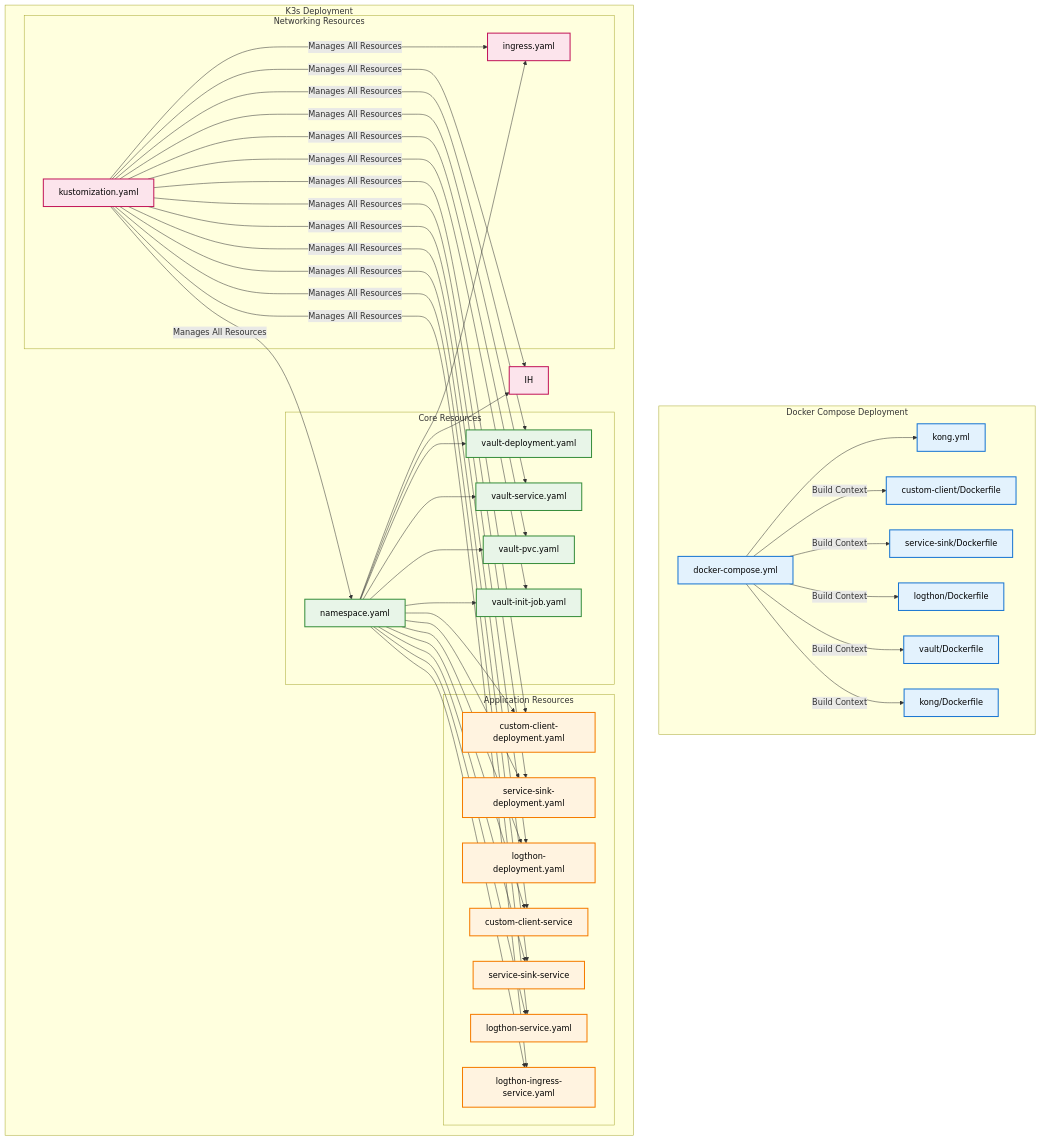
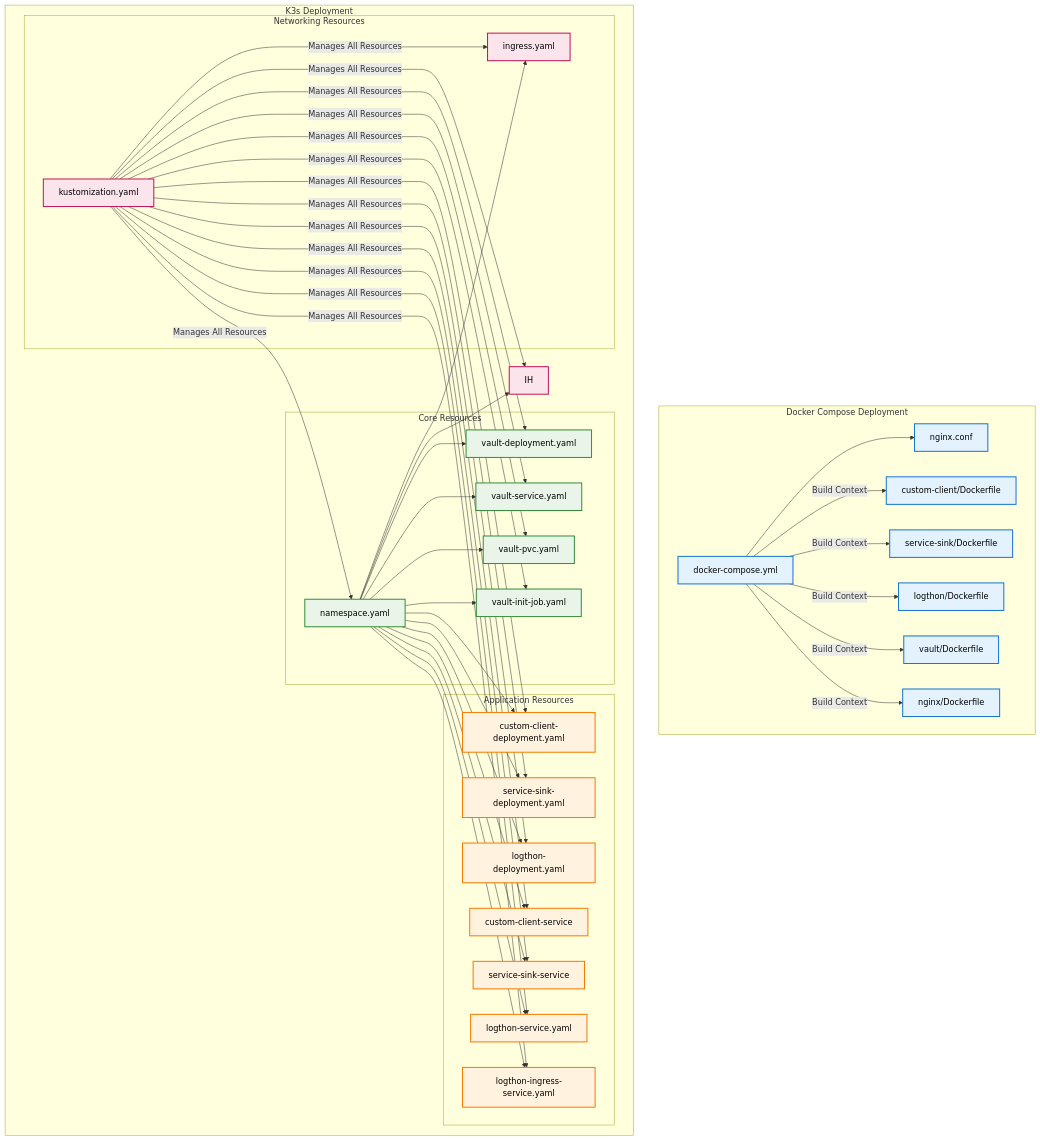
One commit to aztechead/edge-terrarium changed the third of 10 diagrams in README.md. Above: the diagram before and after it, drawn with Mermaid. The commit also changed other lines of this file and 8 other files, not shown here.

````diff
--- a/README.md
+++ b/README.md
@@ -521,79 +521,79 @@
 ```mermaid
 %%{init: {'themeVariables': {'darkMode': true}}}%%
 flowchart TD
     subgraph "Docker Compose Deployment"
         DC[docker-compose.yml]
-        DK[kong.yml]
+        DK[nginx.conf]
         DC --> DK
         DC --> |"Build Context"| CC[custom-client/Dockerfile]
         DC --> |"Build Context"| SC[service-sink/Dockerfile]
         DC --> |"Build Context"| LC[logthon/Dockerfile]
         DC --> |"Build Context"| VC[vault/Dockerfile]
-        DC --> |"Build Context"| KC[kong/Dockerfile]
+        DC --> |"Build Context"| KC[nginx/Dockerfile]
     end
     
     subgraph "K3s Deployment"
         subgraph "Core Resources"
             NS[namespace.yaml]
             VD[vault-deployment.yaml]
             VS[vault-service.yaml]
             VP[vault-pvc.yaml]
             VI[vault-init-job.yaml]
         end
         
         subgraph "Application Resources"
             CD[custom-client-deployment.yaml]
             SD[service-sink-deployment.yaml]
             LD[logthon-deployment.yaml]
             CS[custom-client-service]
             SS[service-sink-service]
             LS[logthon-service.yaml]
             LIS[logthon-ingress-service.yaml]
         end
         
         subgraph "Networking Resources"
             IY[ingress.yaml]
             KY[kustomization.yaml]
         end
         
         NS --> VD
         NS --> VS
         NS --> VP
         NS --> VI
         NS --> CD
         NS --> SD
         NS --> LD
         NS --> CS
         NS --> SS
         NS --> LS
         NS --> LIS
         NS --> IY
         NS --> IH
         
         KY --> |"Manages All Resources"| NS
         KY --> |"Manages All Resources"| VD
         KY --> |"Manages All Resources"| VS
         KY --> |"Manages All Resources"| VP
         KY --> |"Manages All Resources"| VI
         KY --> |"Manages All Resources"| CD
         KY --> |"Manages All Resources"| SD
         KY --> |"Manages All Resources"| LD
         KY --> |"Manages All Resources"| CS
         KY --> |"Manages All Resources"| SS
         KY --> |"Manages All Resources"| LS
         KY --> |"Manages All Resources"| LIS
         KY --> |"Manages All Resources"| IY
         KY --> |"Manages All Resources"| IH
     end
     
     classDef docker fill:#e3f2fd,stroke:#1976d2,stroke-width:2px,color:#000
     classDef k3s fill:#f3e5f5,stroke:#7b1fa2,stroke-width:2px,color:#000
     classDef core fill:#e8f5e8,stroke:#388e3c,stroke-width:2px,color:#000
     classDef app fill:#fff3e0,stroke:#f57c00,stroke-width:2px,color:#000
     classDef net fill:#fce4ec,stroke:#c2185b,stroke-width:2px,color:#000
     
     class DC,DK,CC,SC,LC,VC,KC docker
     class NS,VD,VS,VP,VI core
     class CD,SD,LD,CS,SS,LS,LIS app
     class IY,IH,KY net
 ```
````
